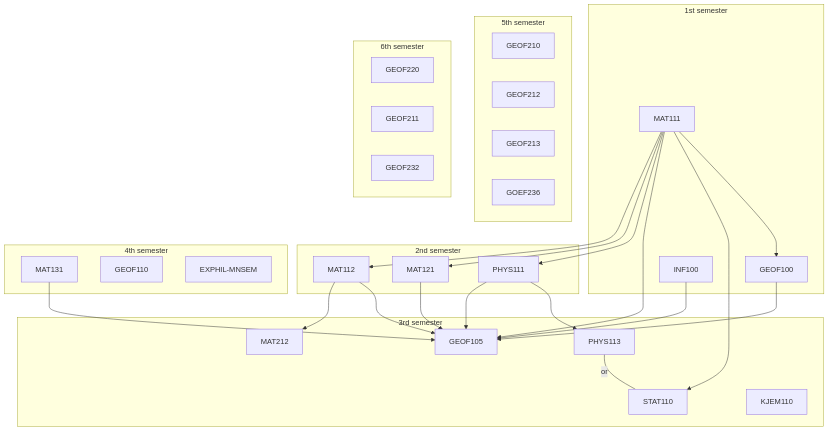
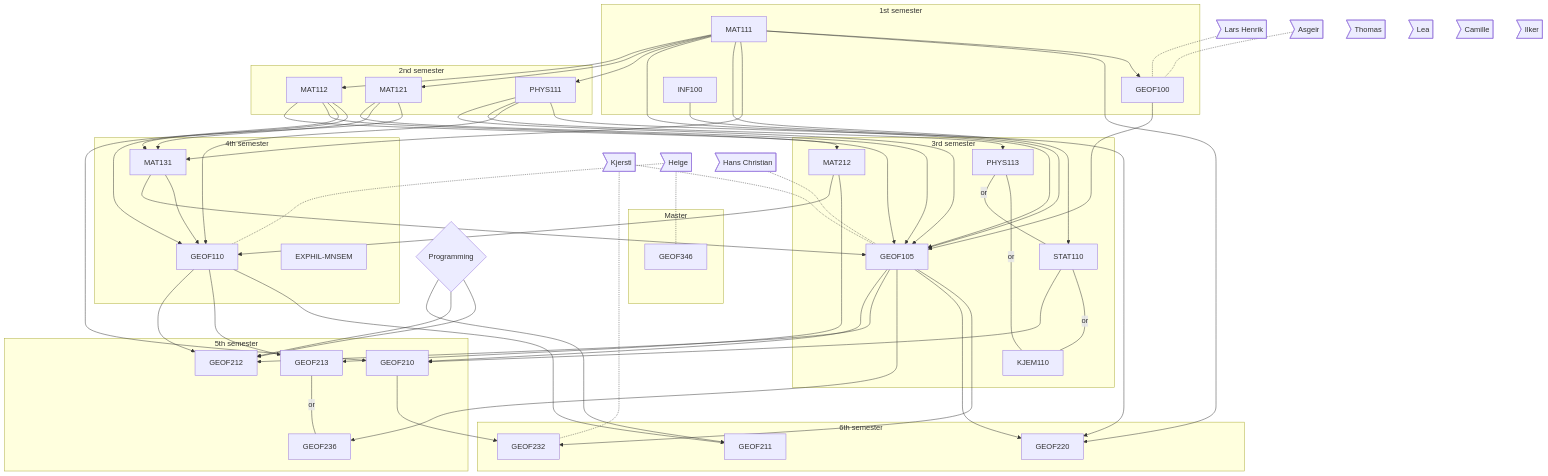
Before and after one commit to julienweihs/GEOF: the diagram in README.md, drawn with Mermaid.

Commit message:
covered all bachelor courses at GFI

````diff
--- a/README.md
+++ b/README.md
@@ -4,19 +4,66 @@
 ``` mermaid
 flowchart TB
     
+    Kj>Kjersti] -.- GEOF105
+    Kj -.- GEOF232
+    
+    He>Helge] -.- GEOF346
+    He -.- GEOF110
+
+    LaHe>Lars Henrik] -.- GEOF100
+    
+    HaCh>Hans Christian] -.- GEOF105
+    
+    As>Asgeir] -.- GEOF100
+    
+    Th>Thomas]
+    
+    Le>Lea]
+    
+    Ca>Camille]
+    
+    Il>Ilker]
+
+    PROG{Programming}
+
     MAT111 --> MAT112
     MAT111 --> MAT121
     MAT111 --> PHYS111
     MAT112 --> MAT212
-    MAT111 --> GEOF105
+    MAT111 ---> GEOF105
     GEOF100 --> GEOF105
     MAT112 --> GEOF105
     MAT121 --> GEOF105
     MAT131 --> GEOF105
     PHYS111 --> GEOF105
-    INF100 --> GEOF105
+    INF100 ---> GEOF105
     PHYS111 --> PHYS113
     MAT111 --> STAT110
+    MAT112 --> GEOF110
+    MAT131 --> GEOF110
+    MAT212 --> GEOF110
+    PHYS111 --> GEOF110
+    MAT111 --> MAT131
+    MAT112 --> MAT131
+    MAT121 --> MAT131
+    GEOF105 --> GEOF210
+    STAT110 --> GEOF210
+    MAT121 --> GEOF210
+    GEOF105 --> GEOF212
+    GEOF110 --> GEOF212
+    GEOF110 --> GEOF213
+    MAT212 --> GEOF213
+    GEOF105 --> GEOF236
+    MAT111 --> GEOF220
+    PHYS111 --> GEOF220
+    GEOF105 --> GEOF220
+    GEOF110 --> GEOF211
+    GEOF105 --> GEOF232
+    GEOF210 --> GEOF232
+
+
+    PROG --> GEOF211 & GEOF212
+    PROG --> GEOF212
 
     subgraph 1st semester
     MAT111
@@ -33,8 +80,8 @@
     subgraph 3rd semester
     MAT212
     GEOF105
-    PHYS113-- or ---STAT110
-    KJEM110
+    PHYS113-- or ---STAT110-- or ---KJEM110 
+    KJEM110-- or ---PHYS113
     end
     
     subgraph 4th semester
@@ -46,8 +93,7 @@
     subgraph 5th semester
     GEOF210
     GEOF212
-    GEOF213
-    GOEF236
+    GEOF213-- or ---GEOF236
     end
     
     subgraph 6th semester
@@ -55,4 +101,8 @@
     GEOF211
     GEOF232
     end
+
+    subgraph Master
+    GEOF346
+    end
 ```
````
